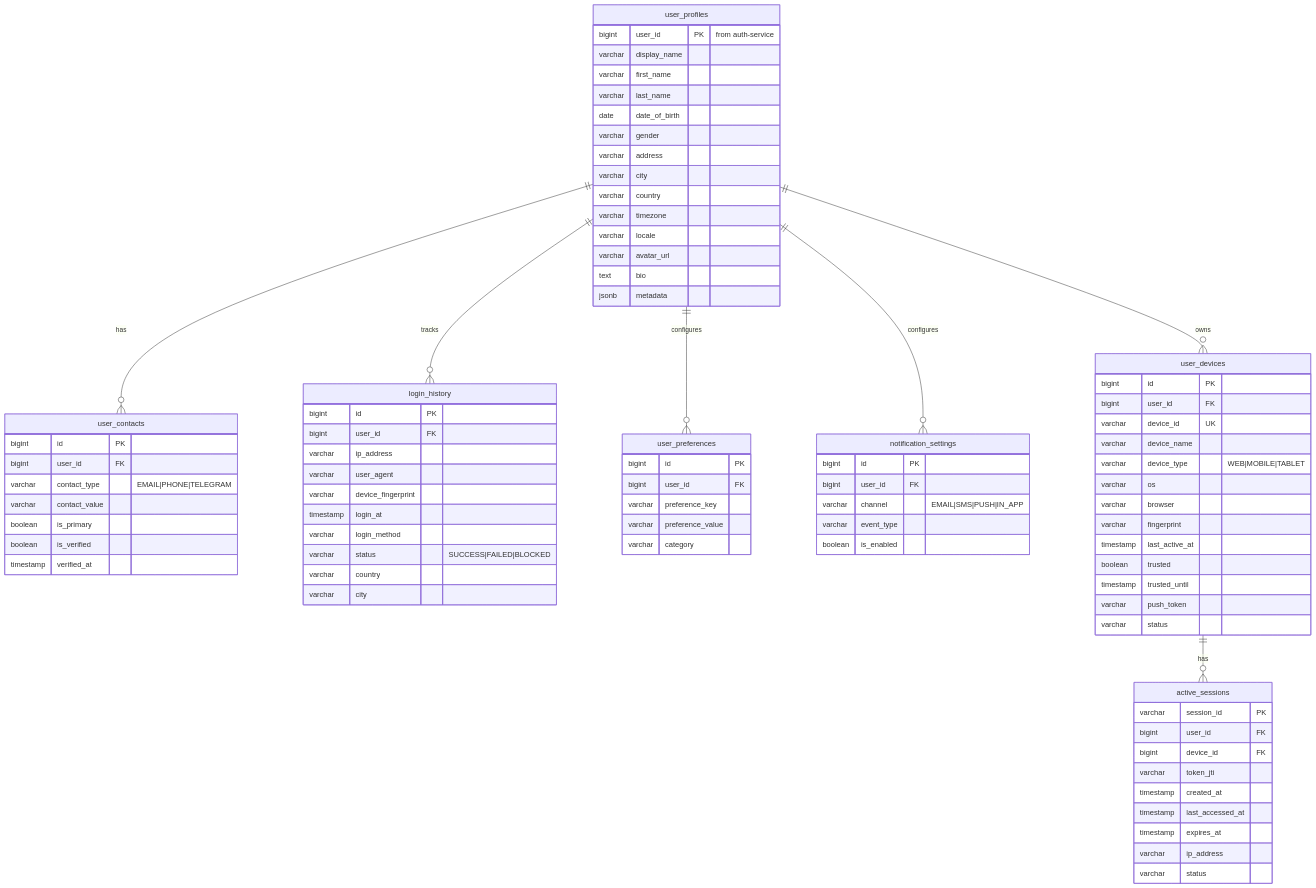
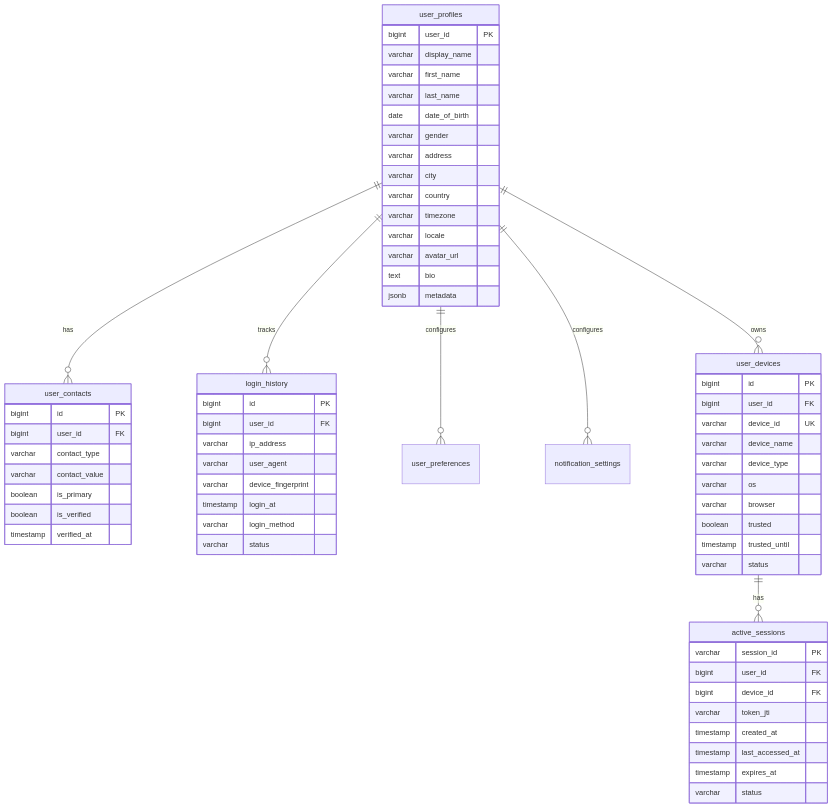
The third of 8 diagrams in openspec/research/erp-iam-system/technical_spec.md (nguyentthai96/auth-service), drawn with Mermaid before and after one commit. The commit also changed other lines of this file and 204 other files, not shown here.

````diff
--- a/openspec/research/erp-iam-system/technical_spec.md
+++ b/openspec/research/erp-iam-system/technical_spec.md
@@ -207,7 +222,14 @@
 ```mermaid
 erDiagram
+    user_profiles ||--o{ user_contacts : "has"
+    user_profiles ||--o{ login_history : "tracks"
+    user_profiles ||--o{ user_preferences : "configures"
+    user_profiles ||--o{ notification_settings : "configures"
+    user_profiles ||--o{ user_devices : "owns"
+    user_devices ||--o{ active_sessions : "has"
+
     user_profiles {
-        bigint user_id PK "from auth-service"
+        bigint user_id PK
         varchar display_name
         varchar first_name
         varchar last_name
@@ -226,7 +248,7 @@
     user_contacts {
         bigint id PK
         bigint user_id FK
-        varchar contact_type "EMAIL|PHONE|TELEGRAM"
+        varchar contact_type
         varchar contact_value
         boolean is_primary
         boolean is_verified
@@ -241,25 +263,7 @@
         varchar device_fingerprint
         timestamp login_at
         varchar login_method
-        varchar status "SUCCESS|FAILED|BLOCKED"
-        varchar country
-        varchar city
-    }
-
-    user_preferences {
-        bigint id PK
-        bigint user_id FK
-        varchar preference_key
-        varchar preference_value
-        varchar category
-    }
-
-    notification_settings {
-        bigint id PK
-        bigint user_id FK
-        varchar channel "EMAIL|SMS|PUSH|IN_APP"
-        varchar event_type
-        boolean is_enabled
+        varchar status
     }
 
     user_devices {
@@ -267,14 +271,11 @@
         bigint user_id FK
         varchar device_id UK
         varchar device_name
-        varchar device_type "WEB|MOBILE|TABLET"
+        varchar device_type
         varchar os
         varchar browser
-        varchar fingerprint
-        timestamp last_active_at
         boolean trusted
         timestamp trusted_until
-        varchar push_token
         varchar status
     }
 
@@ -286,14 +287,6 @@
         timestamp created_at
         timestamp last_accessed_at
         timestamp expires_at
-        varchar ip_address
         varchar status
     }
-
-    user_profiles ||--o{ user_contacts : "has"
-    user_profiles ||--o{ login_history : "tracks"
-    user_profiles ||--o{ user_preferences : "configures"
-    user_profiles ||--o{ notification_settings : "configures"
-    user_profiles ||--o{ user_devices : "owns"
-    user_devices ||--o{ active_sessions : "has"
 ```
````
